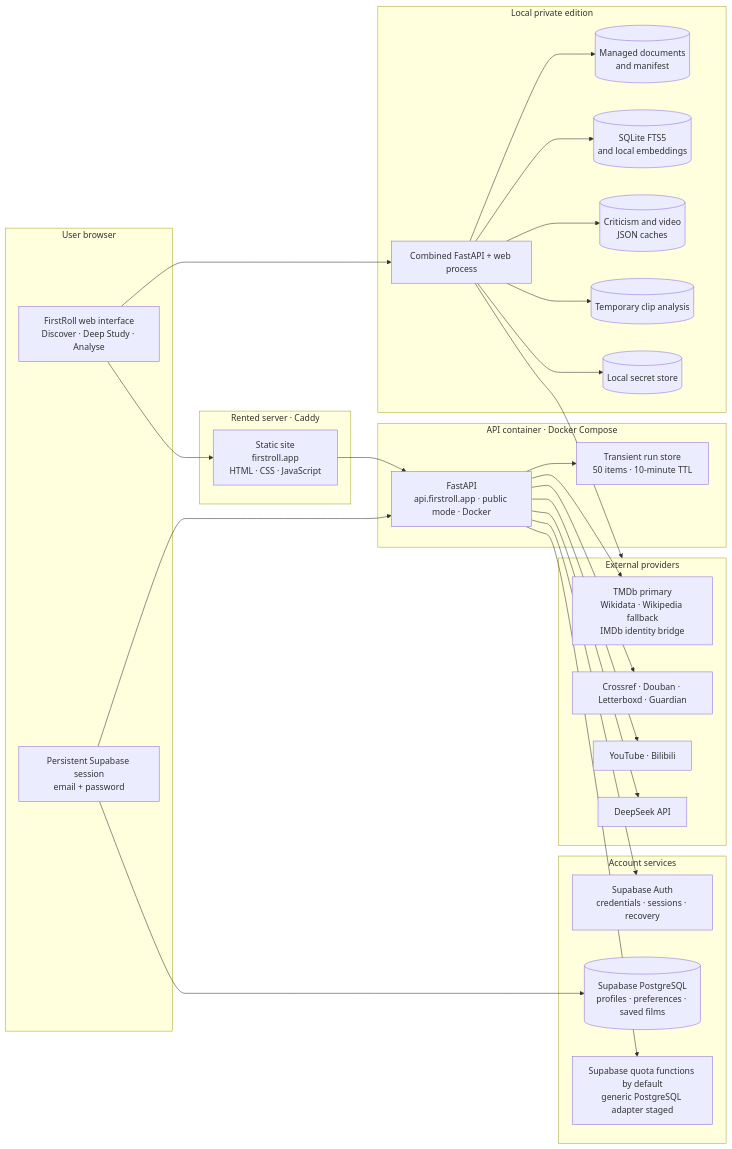
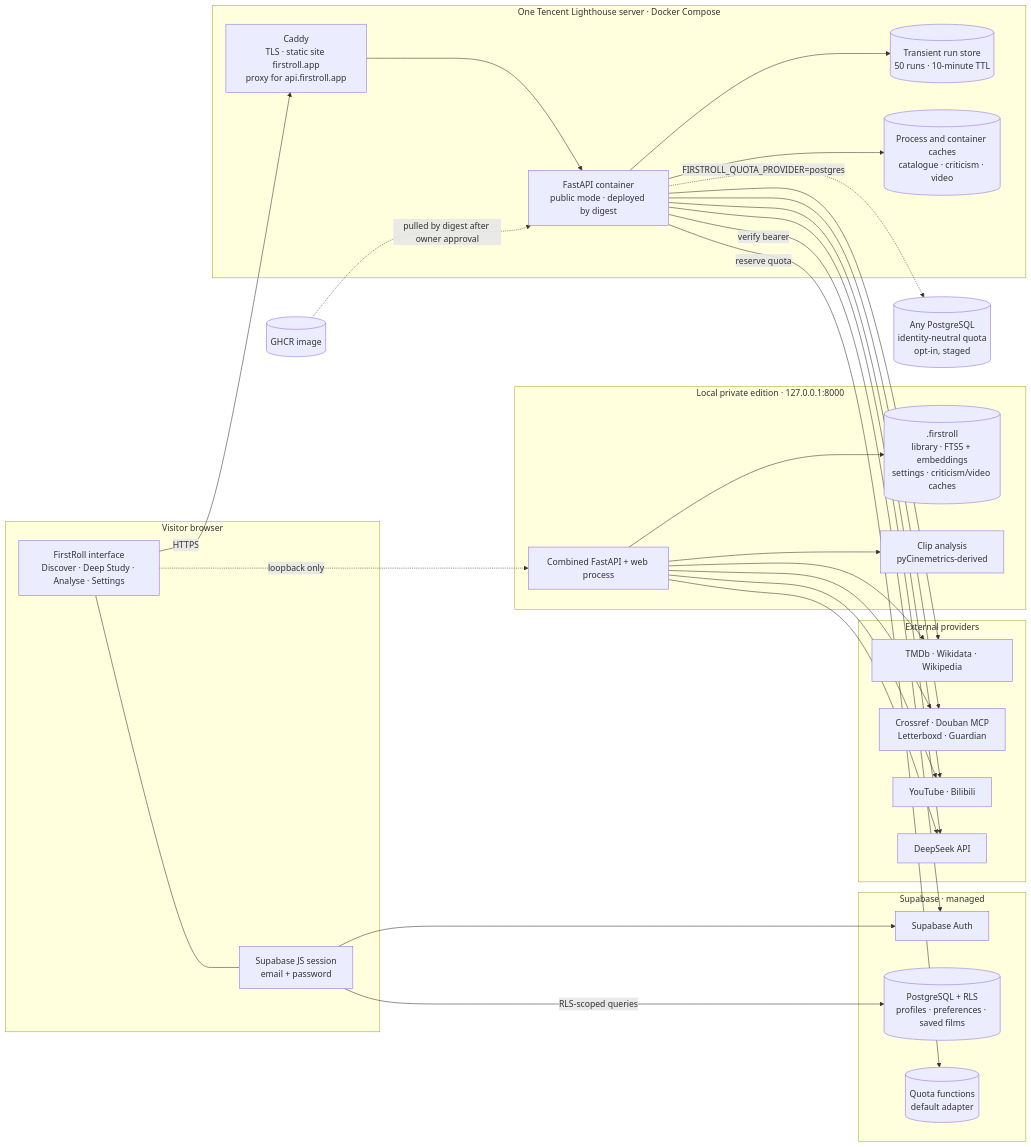
The first of 2 diagrams in docs/ARCHITECTURE.md (Luo-Z-Y/FirstRoll), drawn with Mermaid before and after one commit. The commit also changed other lines of this file and 21 other files, not shown here.

````diff
--- a/docs/ARCHITECTURE.md
+++ b/docs/ARCHITECTURE.md
@@ -20,58 +18,48 @@
 ```mermaid
 flowchart LR
-    subgraph Browser["User browser"]
-        UI["FirstRoll web interface<br/>Discover · Deep Study · Analyse"]
-        Session["Persistent Supabase session<br/>email + password"]
+    subgraph Browser["Visitor browser"]
+        UI["FirstRoll interface<br/>Discover · Deep Study · Analyse · Settings"]
+        Session["Supabase JS session<br/>email + password"]
     end
-
-    subgraph Server["Rented server · Caddy"]
-        Static["Static site<br/>firstroll.app<br/>HTML · CSS · JavaScript"]
+    subgraph VPS["One Tencent Lighthouse server · Docker Compose"]
+        Caddy["Caddy<br/>TLS · static site firstroll.app<br/>proxy for api.firstroll.app"]
+        API["FastAPI container<br/>public mode · deployed by digest"]
+        Runs[("Transient run store<br/>50 runs · 10-minute TTL")]
+        HCache[("Process and container caches<br/>catalogue · criticism · video")]
     end
-
-    subgraph ContainerApps["API container · Docker Compose"]
-        API["FastAPI<br/>api.firstroll.app · public mode · Docker"]
-        Runs["Transient run store<br/>50 items · 10-minute TTL"]
+    subgraph Supa["Supabase · managed"]
+        Auth["Supabase Auth"]
+        AccountDB[("PostgreSQL + RLS<br/>profiles · preferences · saved films")]
+        QuotaRPC[("Quota functions<br/>default adapter")]
     end
-
-    subgraph AccountData["Account services"]
-        Auth["Supabase Auth<br/>credentials · sessions · recovery"]
-        UserData[("Supabase PostgreSQL<br/>profiles · preferences · saved films")]
-        Quota["Supabase quota functions by default<br/>generic PostgreSQL adapter staged"]
+    PG[("Any PostgreSQL<br/>identity-neutral quota<br/>opt-in, staged")]
+    subgraph Local["Local private edition · 127.0.0.1:8000"]
+        LocalAPI["Combined FastAPI + web process"]
+        Private[(".firstroll<br/>library · FTS5 + embeddings<br/>settings · criticism/video caches")]
+        Clip["Clip analysis<br/>pyCinemetrics-derived"]
     end
-
-    subgraph Local["Local private edition"]
-        LocalAPI["Combined FastAPI + web process"]
-        Library[("Managed documents<br/>and manifest")]
-        Index[("SQLite FTS5<br/>and local embeddings")]
-        Caches[("Criticism and video<br/>JSON caches")]
-        Clips[("Temporary clip analysis")]
-        Secrets[("Local secret store")]
-    end
-
     subgraph Providers["External providers"]
-        FilmData["TMDb primary<br/>Wikidata · Wikipedia fallback<br/>IMDb identity bridge"]
-        Criticism["Crossref · Douban · Letterboxd · Guardian"]
+        Catalogue["TMDb · Wikidata · Wikipedia"]
+        Criticism["Crossref · Douban MCP<br/>Letterboxd · Guardian"]
         Video["YouTube · Bilibili"]
         DeepSeek["DeepSeek API"]
     end
+    GHCR[("GHCR image")]
 
-    UI --> Static
-    Static --> API
-    Session --> API
-    API --> Auth
-    Session --> UserData
-    API --> Quota
+    UI -->|"HTTPS"| Caddy --> API
+    UI --- Session
+    Session --> Auth
+    Session -->|"RLS-scoped queries"| AccountDB
+    API -->|"verify bearer"| Auth
+    API -->|"reserve quota"| QuotaRPC
+    API -.->|"FIRSTROLL_QUOTA_PROVIDER=postgres"| PG
     API --> Runs
-    API --> FilmData
-    API --> Criticism
-    API --> Video
-    API --> DeepSeek
+    API --> HCache
+    API --> Catalogue & Criticism & Video & DeepSeek
+    GHCR -.->|"pulled by digest after owner approval"| API
 
-    UI --> LocalAPI
-    LocalAPI --> Library
-    LocalAPI --> Index
-    LocalAPI --> Caches
-    LocalAPI --> Clips
-    LocalAPI --> Secrets
-    LocalAPI --> Providers
+    UI -.->|"loopback only"| LocalAPI
+    LocalAPI --> Private
+    LocalAPI --> Clip
+    LocalAPI --> Catalogue & Criticism & Video & DeepSeek
 ```
````
